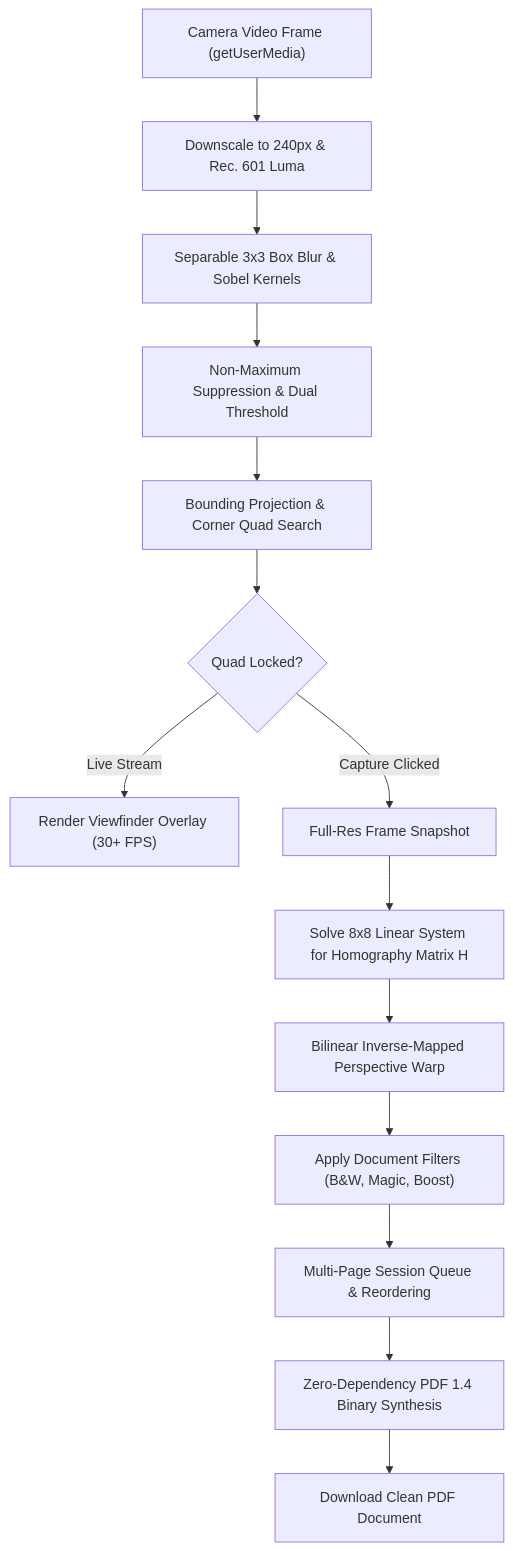
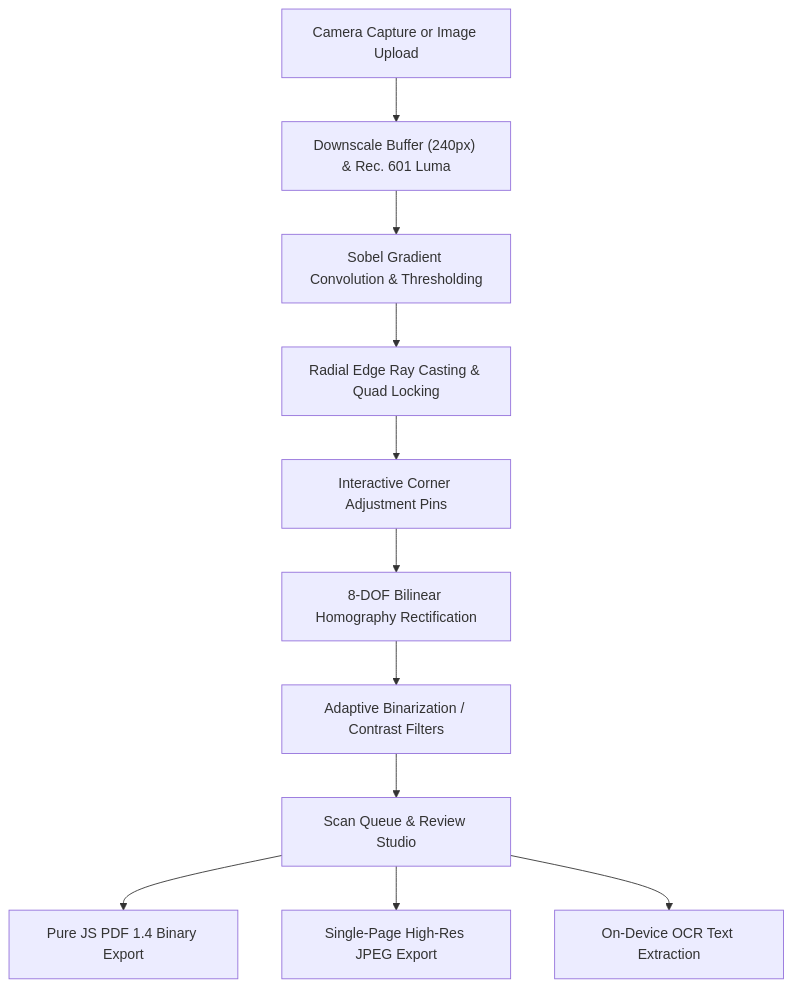
Before and after one commit to oathanrex/doc-scan: the diagram in README.md, drawn with Mermaid. The commit also changed other lines of this file and 3 other files, not shown here.

````diff
--- a/README.md
+++ b/README.md
@@ -42,16 +77,13 @@
 ```mermaid
 flowchart TD
- A["Camera Video Frame (getUserMedia)"] --> B["Downscale to 240px & Rec. 601 Luma"]
- B --> C["Separable 3x3 Box Blur & Sobel Kernels"]
- C --> D["Non-Maximum Suppression & Dual Threshold"]
- D --> E["Bounding Projection & Corner Quad Search"]
- E --> F{"Quad Locked?"}
- F -- "Live Stream" --> G["Render Viewfinder Overlay (30+ FPS)"]
- F -- "Capture Clicked" --> H["Full-Res Frame Snapshot"]
- H --> I["Solve 8x8 Linear System for Homography Matrix H"]
- I --> J["Bilinear Inverse-Mapped Perspective Warp"]
- J --> K["Apply Document Filters (B&W, Magic, Boost)"]
- K --> L["Multi-Page Session Queue & Reordering"]
- L --> M["Zero-Dependency PDF 1.4 Binary Synthesis"]
- M --> N["Download Clean PDF Document"]
+    A["Camera Capture or Image Upload"] --> B["Downscale Buffer (240px) & Rec. 601 Luma"]
+    B --> C["Sobel Gradient Convolution & Thresholding"]
+    C --> D["Radial Edge Ray Casting & Quad Locking"]
+    D --> E["Interactive Corner Adjustment Pins"]
+    E --> F["8-DOF Bilinear Homography Rectification"]
+    F --> G["Adaptive Binarization / Contrast Filters"]
+    G --> H["Scan Queue & Review Studio"]
+    H --> I["Pure JS PDF 1.4 Binary Export"]
+    H --> J["Single-Page High-Res JPEG Export"]
+    H --> K["On-Device OCR Text Extraction"]
 ```
````
